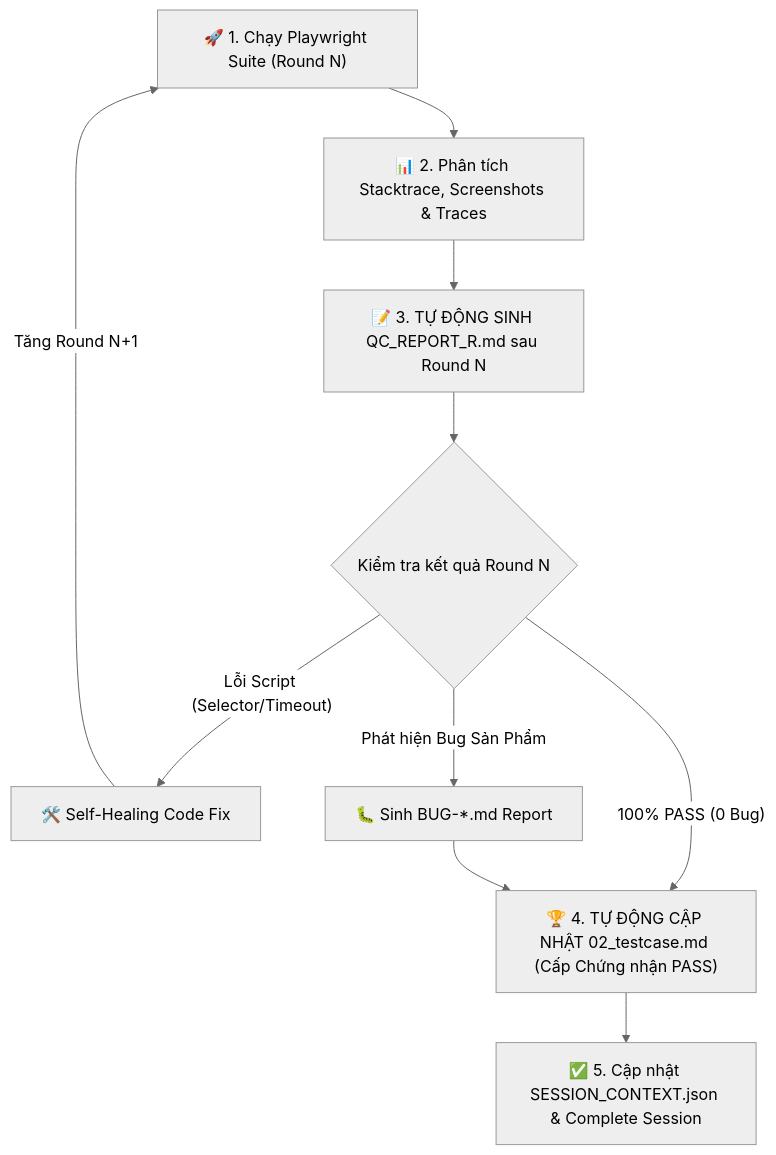
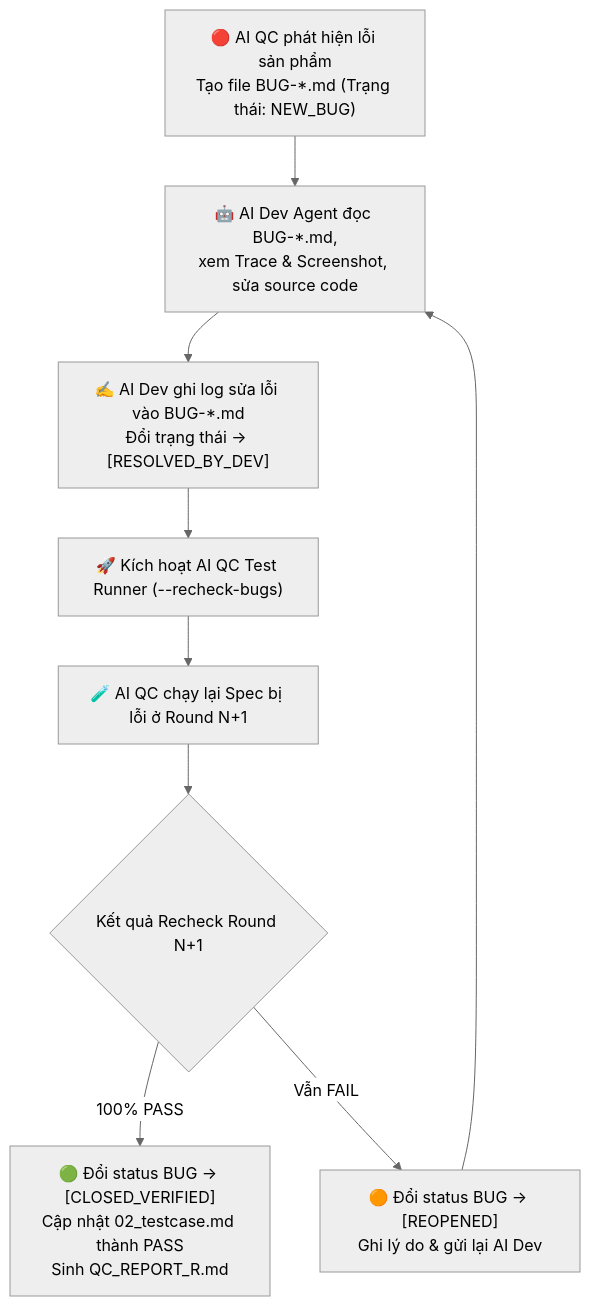
The diagram in skills/ai-playwright-test-runner/SKILL.md (tibe2109/qc-playwright-workflow), drawn with Mermaid (neutral theme) before and after one commit. The commit also changed other lines of this file, not shown here.

Commit message:
feat: add closed-loop Dev-QC bug lifecycle with AI Dev resolution log and AI QC auto-recheck workflow

````diff
--- a/skills/ai-playwright-test-runner/SKILL.md
+++ b/skills/ai-playwright-test-runner/SKILL.md
@@ -49,12 +43,11 @@
 ```mermaid
 graph TD
-    A["🚀 1. Chạy Playwright Suite (Round N)"] --> B["📊 2. Phân tích Stacktrace, Screenshots & Traces"]
-    B --> C["📝 3. TỰ ĐỘNG SINH QC_REPORT_R<N>.md sau Round N"]
-    C --> D{"Kiểm tra kết quả Round N"}
-    D -->|"Lỗi Script (Selector/Timeout)"| E["🛠️ Self-Healing Code Fix"]
-    E -->|"Tăng Round N+1"| A
-    D -->|"Phát hiện Bug Sản Phẩm"| F["🐛 Sinh BUG-*.md Report"]
-    D -->|"100% PASS (0 Bug)"| G["🏆 4. TỰ ĐỘNG CẬP NHẬT 02_testcase.md (Cấp Chứng nhận PASS)"]
-    F --> G
-    G --> H["✅ 5. Cập nhật SESSION_CONTEXT.json & Complete Session"]
+    A["🔴 AI QC phát hiện lỗi sản phẩm<br/>Tạo file BUG-*.md (Trạng thái: NEW_BUG)"] --> B["🤖 AI Dev Agent đọc BUG-*.md,<br/>xem Trace & Screenshot, sửa source code"]
+    B --> C["✍️ AI Dev ghi log sửa lỗi vào BUG-*.md<br/>Đổi trạng thái -> [RESOLVED_BY_DEV]"]
+    C --> D["🚀 Kích hoạt AI QC Test Runner (--recheck-bugs)"]
+    D --> E["🧪 AI QC chạy lại Spec bị lỗi ở Round N+1"]
+    E --> F{"Kết quả Recheck Round N+1"}
+    F -->|"100% PASS"| G["🟢 Đổi status BUG -> [CLOSED_VERIFIED]<br/>Cập nhật 02_testcase.md thành PASS<br/>Sinh QC_REPORT_R<N+1>.md"]
+    F -->|"Vẫn FAIL"| H["🟠 Đổi status BUG -> [REOPENED]<br/>Ghi lý do & gửi lại AI Dev"]
+    H --> B
 ```
````
